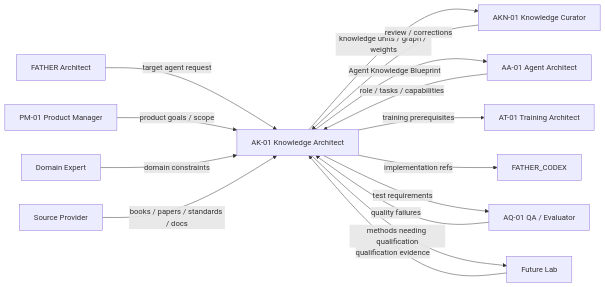
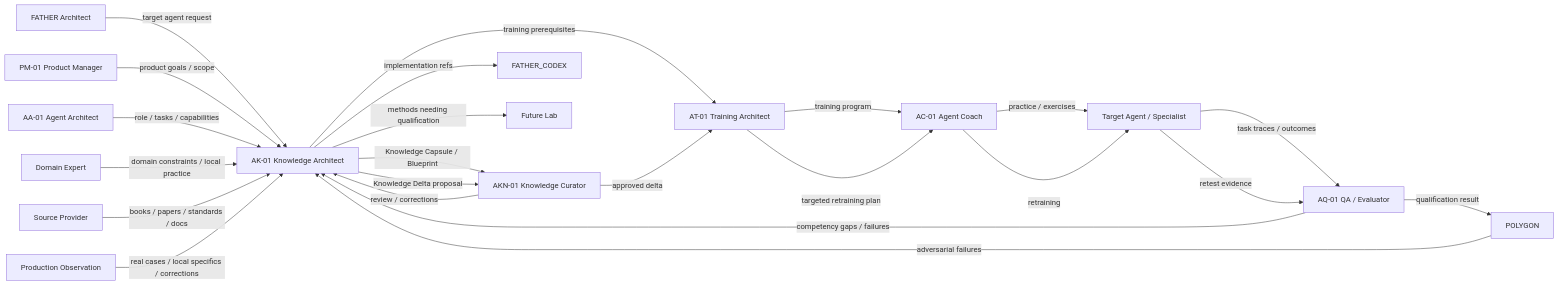
The diagram in future_lab/agents/AK-01/business/CONTEXT_DIAGRAM.md (VictorKVS/alina-knowledge-worker), drawn with Mermaid before and after one commit. The commit also changed other lines of this file, not shown here.

Commit message:
AK-01 AB: revise business model for continuous learning and local adaptation

````diff
--- a/future_lab/agents/AK-01/business/CONTEXT_DIAGRAM.md
+++ b/future_lab/agents/AK-01/business/CONTEXT_DIAGRAM.md
@@ -3,31 +3,44 @@
 ```mermaid
 flowchart LR
     FA[FATHER Architect]
     PM[PM-01 Product Manager]
     AA[AA-01 Agent Architect]
     DE[Domain Expert]
     SP[Source Provider]
     AK[AK-01 Knowledge Architect]
     KC[AKN-01 Knowledge Curator]
     TA[AT-01 Training Architect]
+    AC[AC-01 Agent Coach]
+    AG[Target Agent / Specialist]
+    QA[AQ-01 QA / Evaluator]
+    POL[POLYGON]
+    OBS[Production Observation]
     CODEX[FATHER_CODEX]
-    QA[AQ-01 QA / Evaluator]
     FL[Future Lab]
 
     FA -->|target agent request| AK
     PM -->|product goals / scope| AK
     AA -->|role / tasks / capabilities| AK
-    DE -->|domain constraints| AK
+    DE -->|domain constraints / local practice| AK
     SP -->|books / papers / standards / docs| AK
 
-    AK -->|knowledge units / graph / weights| KC
-    AK -->|Agent Knowledge Blueprint| AA
+    AK -->|Knowledge Capsule / Blueprint| KC
     AK -->|training prerequisites| TA
     AK -->|implementation refs| CODEX
-    AK -->|test requirements| QA
     AK -->|methods needing qualification| FL
 
     KC -->|review / corrections| AK
-    QA -->|quality failures| AK
-    FL -->|qualification evidence| AK
+    TA -->|training program| AC
+    AC -->|practice / exercises| AG
+    AG -->|task traces / outcomes| QA
+    QA -->|competency gaps / failures| AK
+    POL -->|adversarial failures| AK
+    OBS -->|real cases / local specifics / corrections| AK
+
+    AK -->|Knowledge Delta proposal| KC
+    KC -->|approved delta| TA
+    TA -->|targeted retraining plan| AC
+    AC -->|retraining| AG
+    AG -->|retest evidence| QA
+    QA -->|qualification result| POL
 ```
````
